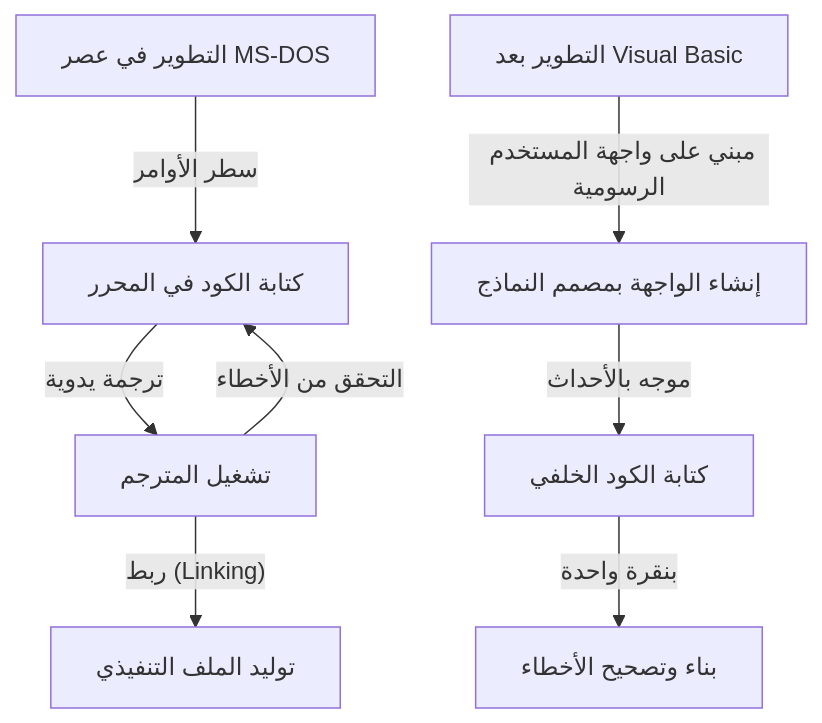
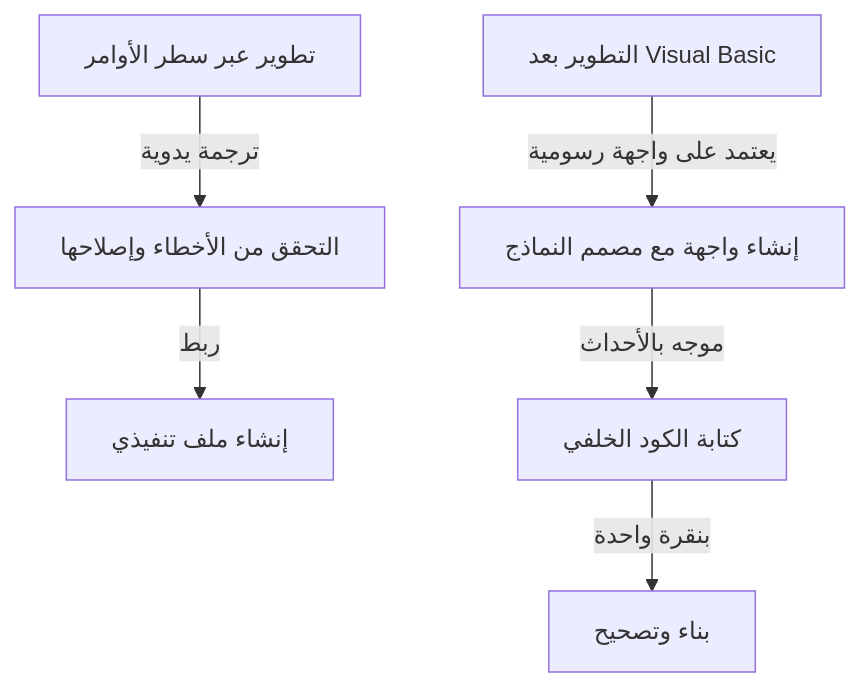
Before and after one commit to kenjinote/blog: the first of 2 diagrams in content/post/history-of-visual-studio/index.ar.md, drawn with Mermaid. The commit also changed other lines of this file and 129 other files, not shown here.

````diff
--- a/content/post/history-of-visual-studio/index.ar.md
+++ b/content/post/history-of-visual-studio/index.ar.md
@@ -32,11 +29,9 @@
 ```mermaid
 graph TD
-    A["التطوير في عصر MS-DOS"] -- "سطر الأوامر" --> B["كتابة الكود في المحرر"]
-    B -- "ترجمة يدوية" --> C["تشغيل المترجم"]
-    C -- "التحقق من الأخطاء" --> B
-    C -- "ربط (Linking)" --> D["توليد الملف التنفيذي"]
+    A["تطوير عبر سطر الأوامر"] -- "ترجمة يدوية" --> B["التحقق من الأخطاء وإصلاحها"]
+    B -- "ربط" --> C["إنشاء ملف تنفيذي"]
     
-    E["التطوير بعد Visual Basic"] -- "مبني على واجهة المستخدم الرسومية" --> F["إنشاء الواجهة بمصمم النماذج"]
-    F -- "موجه بالأحداث" --> G["كتابة الكود الخلفي"]
-    G -- "بنقرة واحدة" --> H["بناء وتصحيح الأخطاء"]
+    D["التطوير بعد Visual Basic"] -- "يعتمد على واجهة رسومية" --> E["إنشاء واجهة مع مصمم النماذج"]
+    E -- "موجه بالأحداث" --> F["كتابة الكود الخلفي"]
+    F -- "بنقرة واحدة" --> G["بناء وتصحيح"]
 ```
````
